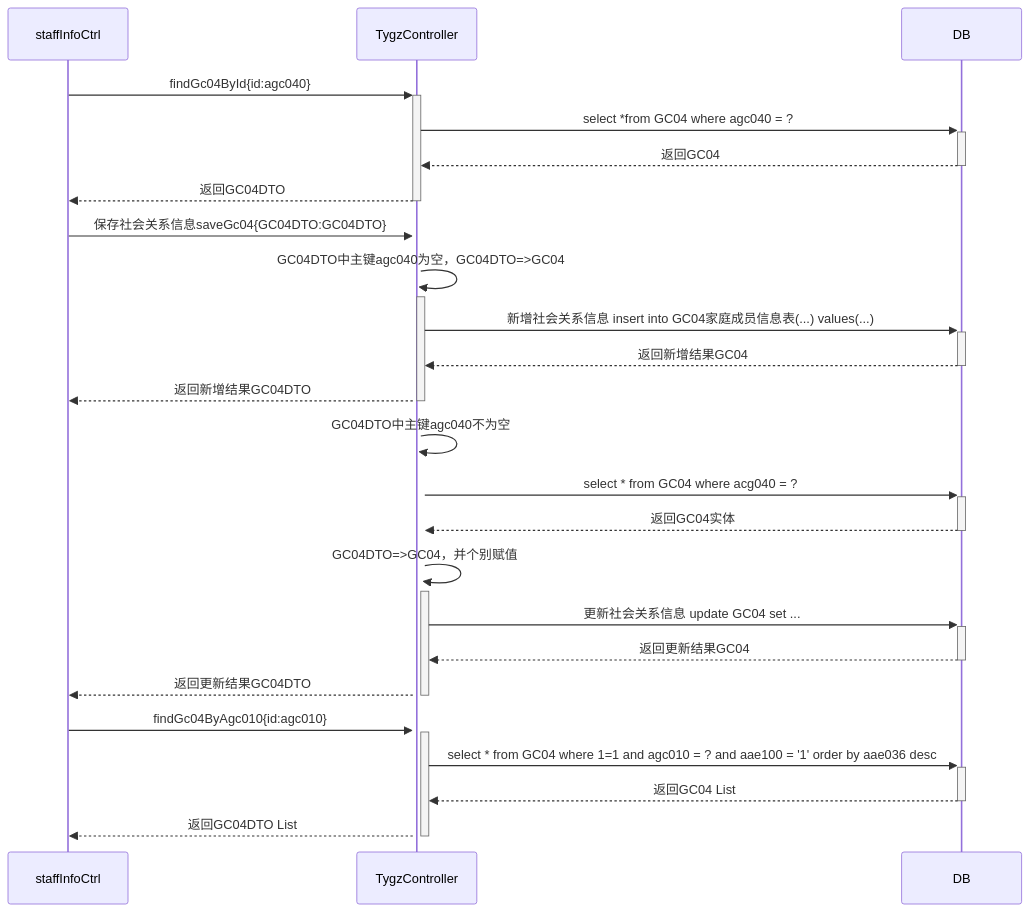
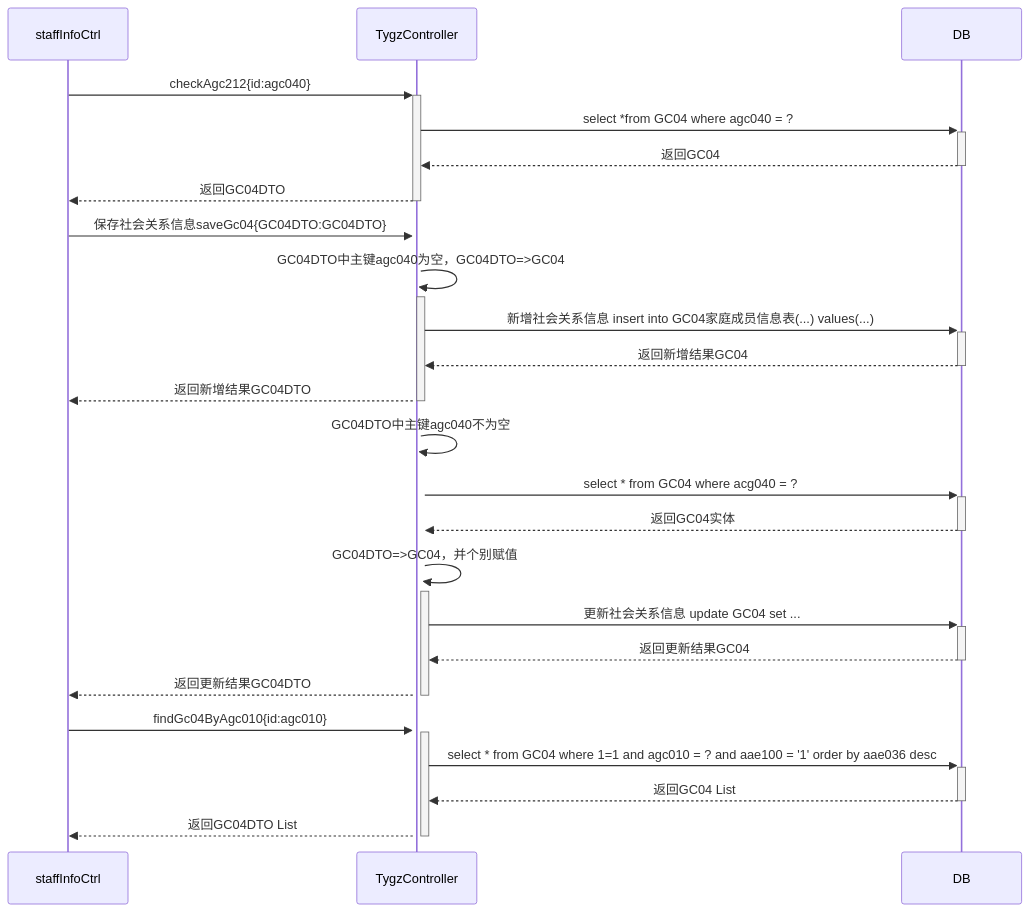
The diagram in all/人员考核信息新增按钮的调用业务流程.md (ZhangJianBeiJing/iodraw-files), drawn with Mermaid before and after one commit.

Commit message:
2025-03-25 17:50:58 update

````diff
--- a/all/人员考核信息新增按钮的调用业务流程.md
+++ b/all/人员考核信息新增按钮的调用业务流程.md
@@ -1,24 +1,24 @@
 ```mermaid
 sequenceDiagram
-    staffInfoCtrl->>+TygzController:findGc04ById{id:agc040}
+    staffInfoCtrl->>+TygzController:checkAgc212{id:agc040}
     TygzController->>+DB:select *from GC04 where agc040 = ?
     DB-->>-TygzController:返回GC04
     TygzController-->>-staffInfoCtrl:返回GC04DTO
     staffInfoCtrl->>+TygzController:保存社会关系信息saveGc04{GC04DTO:GC04DTO}
     TygzController->>+TygzController:GC04DTO中主键agc040为空，GC04DTO=>GC04
     TygzController->>+DB:新增社会关系信息 insert into GC04家庭成员信息表(...) values(...)
     DB-->>-TygzController:返回新增结果GC04
     TygzController-->>-staffInfoCtrl:返回新增结果GC04DTO
     TygzController->>+TygzController:GC04DTO中主键agc040不为空
     TygzController->>+DB:select * from GC04 where acg040 = ?
     DB-->>-TygzController:返回GC04实体
     TygzController->>+TygzController:GC04DTO=>GC04，并个别赋值
     TygzController->>+DB:更新社会关系信息 update GC04 set ...
     DB-->>-TygzController:返回更新结果GC04
     TygzController-->>-staffInfoCtrl:返回更新结果GC04DTO
 
     staffInfoCtrl->>+TygzController:findGc04ByAgc010{id:agc010}
     TygzController->>+DB:select * from GC04 where 1=1 and agc010 = ? and aae100 = '1' order by aae036 desc
     DB-->>-TygzController:返回GC04 List
     TygzController-->>-staffInfoCtrl:返回GC04DTO List
 ```
````
